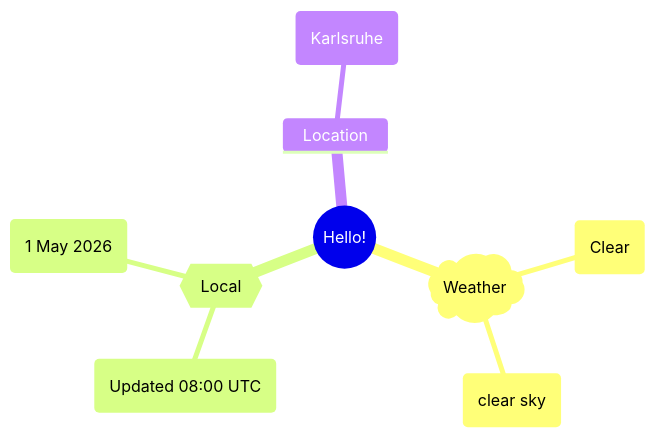
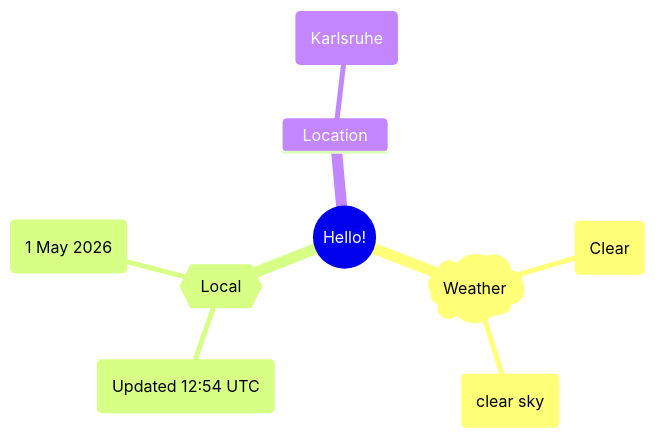
One commit to Xosrov/Xosrov changed the first of 2 diagrams in README.md. Above: the diagram before and after it, drawn with Mermaid.

Commit message:
[bot] updated images

````diff
--- a/README.md
+++ b/README.md
@@ -3,12 +3,12 @@
 ```mermaid
 mindmap
   root((Hello!))
     )Weather(
         (Clear)
         (clear sky)
     {{Local}}
-        (Updated 08:00 UTC)
+        (Updated 12:54 UTC)
         (1 May 2026)
     Location
         (Karlsruhe)
 ```
````
